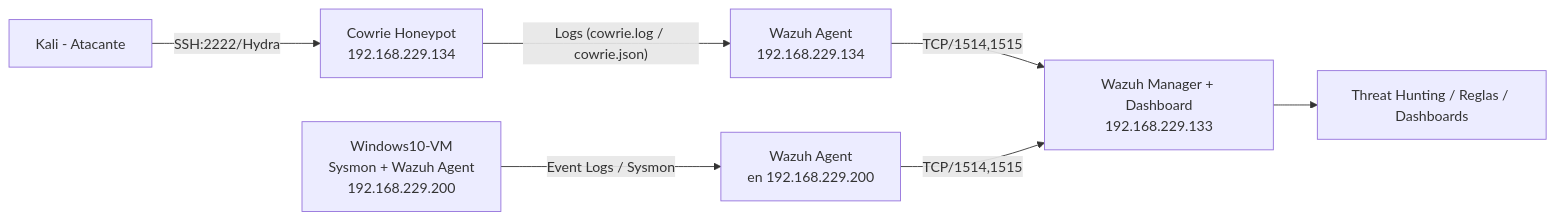
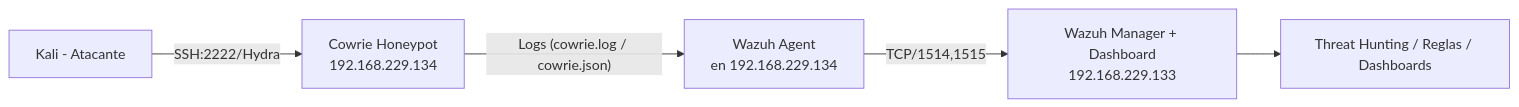
One commit to mikjurado1/mini-soc-wazuh-cowrie changed the diagram in docs/architecture.md. Above: the diagram before and after it, drawn with Mermaid.

````diff
--- a/docs/architecture.md
+++ b/docs/architecture.md
@@ -3,13 +3,7 @@
 ```mermaid
 flowchart LR
   A[Kali - Atacante] -- SSH:2222/Hydra --> B[Cowrie Honeypot<br/>192.168.229.134]
-  B -- Logs (cowrie.log / cowrie.json) --> C[Wazuh Agent<br/>192.168.229.134]
-  
-  F[Windows10-VM<br/>Sysmon + Wazuh Agent<br/>192.168.229.200] -- Event Logs / Sysmon --> G[Wazuh Agent<br/>en 192.168.229.200]
-  
+  B -- Logs (cowrie.log / cowrie.json) --> C[Wazuh Agent<br/>en 192.168.229.134]
   C -- TCP/1514,1515 --> D[Wazuh Manager + Dashboard<br/>192.168.229.133]
-  G -- TCP/1514,1515 --> D
-  
   D --> E[Threat Hunting / Reglas / Dashboards]
-
 ```
````
